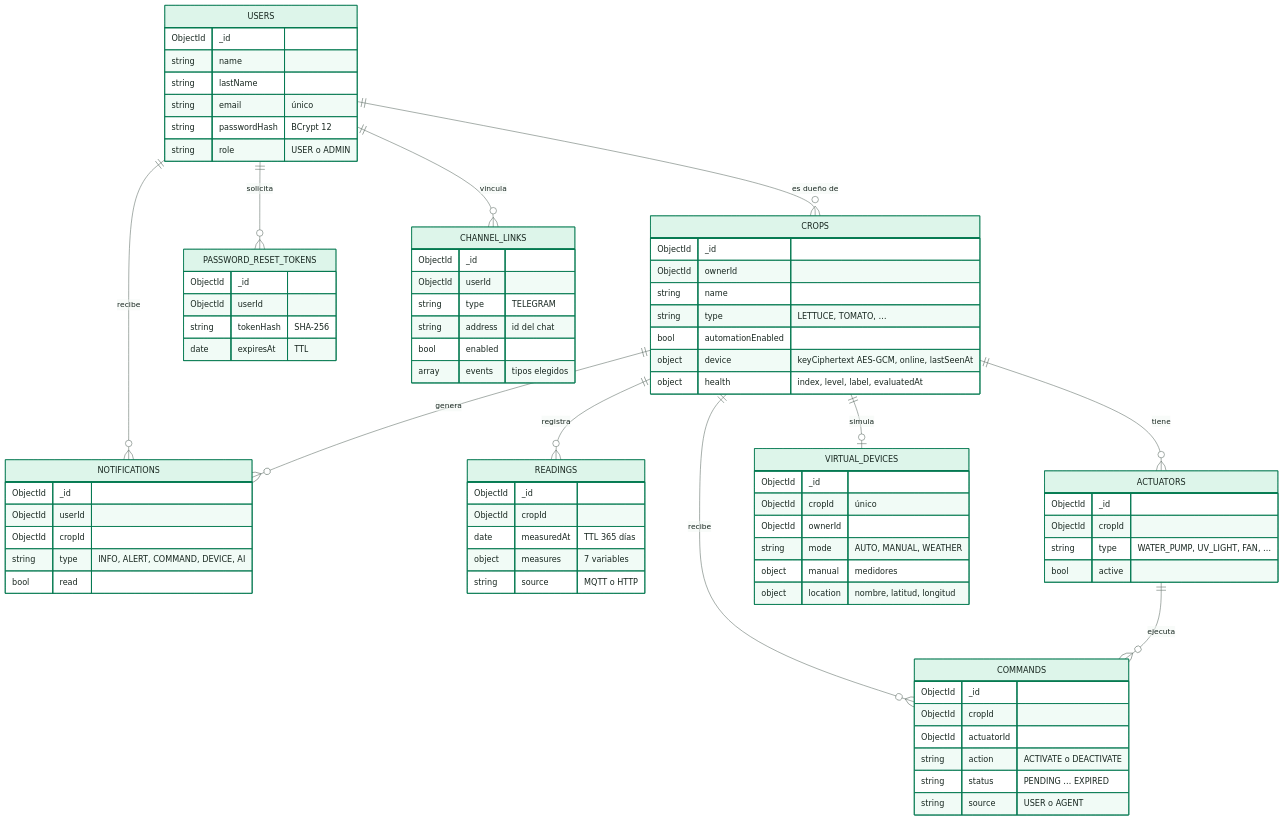
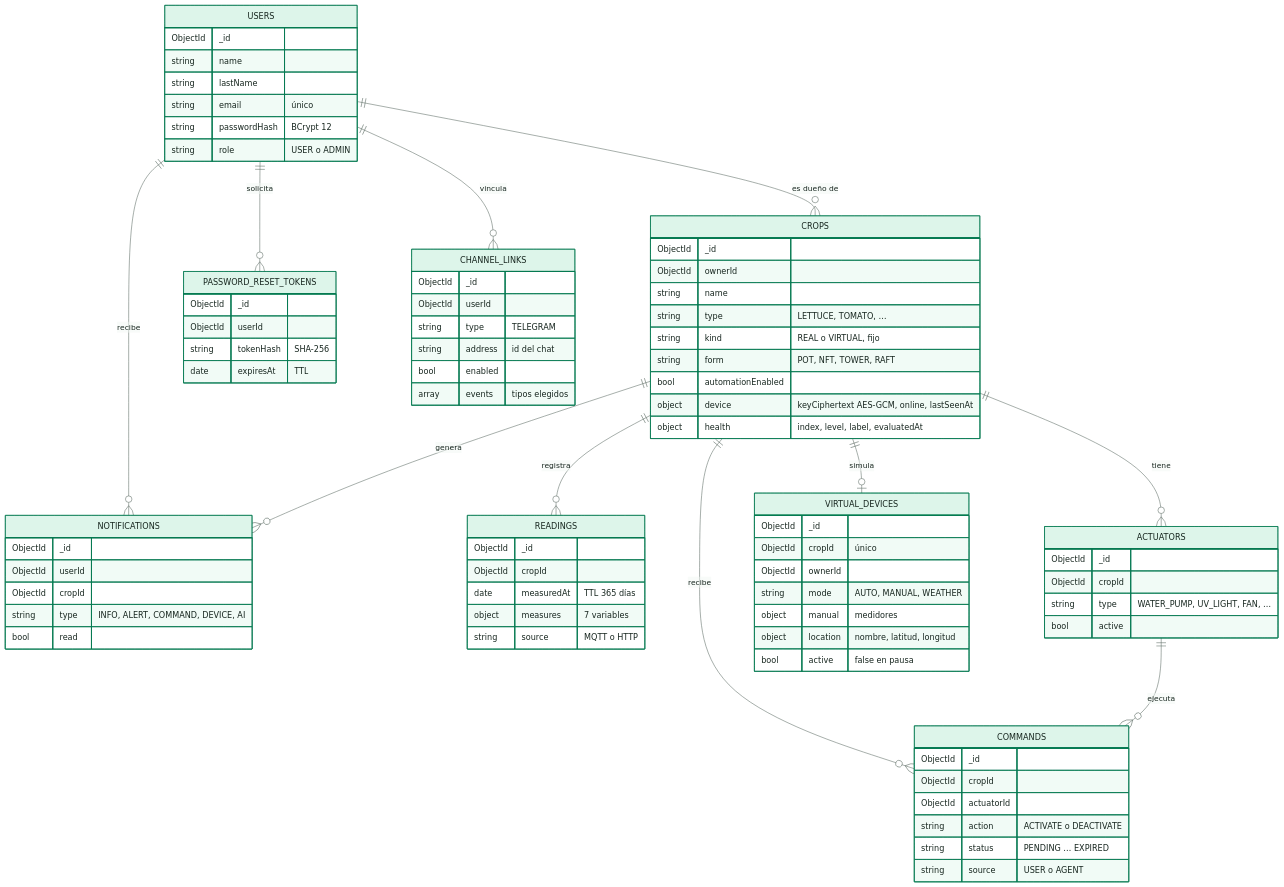
Before and after one commit to SmartPotTech/.github: the diagram in docs/diagrams/SmartPot_04_Data_Model.mmd, drawn with Mermaid.

Commit message:
Add crop kind, form and paused simulations to the data model

```diff
--- a/docs/diagrams/SmartPot_04_Data_Model.mmd
+++ b/docs/diagrams/SmartPot_04_Data_Model.mmd
@@ -1,79 +1,82 @@
 %%{init: {"theme": "base", "fontFamily": "Segoe UI, Arial, sans-serif", "themeVariables": {"fontFamily": "Segoe UI, Arial, sans-serif", "fontSize": "15px", "primaryColor": "#DDF5EA", "primaryTextColor": "#17261F", "primaryBorderColor": "#067A52", "secondaryColor": "#E3F2FB", "secondaryTextColor": "#17261F", "secondaryBorderColor": "#1F6FA0", "tertiaryColor": "#F2F7F4", "tertiaryTextColor": "#17261F", "tertiaryBorderColor": "#D5E3DC", "lineColor": "#5B6B63", "textColor": "#17261F", "mainBkg": "#DDF5EA", "nodeBorder": "#067A52", "clusterBkg": "#F7FAF8", "clusterBorder": "#D5E3DC", "edgeLabelBackground": "#FFFFFF", "actorBkg": "#067A52", "actorBorder": "#0B3D2B", "actorTextColor": "#FFFFFF", "actorLineColor": "#5B6B63", "signalColor": "#17261F", "signalTextColor": "#17261F", "labelBoxBkgColor": "#0B3D2B", "labelBoxBorderColor": "#0B3D2B", "labelTextColor": "#FFFFFF", "loopTextColor": "#0B3D2B", "noteBkgColor": "#FDF4DD", "noteBorderColor": "#C98D12", "noteTextColor": "#17261F", "activationBkgColor": "#DDF5EA", "activationBorderColor": "#067A52", "attributeBackgroundColorOdd": "#FFFFFF", "attributeBackgroundColorEven": "#F2F7F4"}}}%%
 erDiagram
   USERS ||--o{ CROPS : "es dueño de"
   USERS ||--o{ NOTIFICATIONS : "recibe"
   USERS ||--o{ PASSWORD_RESET_TOKENS : "solicita"
   USERS ||--o{ CHANNEL_LINKS : "vincula"
   CROPS ||--o{ READINGS : "registra"
   CROPS ||--o{ ACTUATORS : "tiene"
   CROPS ||--o{ COMMANDS : "recibe"
   CROPS ||--o{ NOTIFICATIONS : "genera"
   CROPS ||--o| VIRTUAL_DEVICES : "simula"
   ACTUATORS ||--o{ COMMANDS : "ejecuta"
   USERS {
     ObjectId _id
     string name
     string lastName
     string email "único"
     string passwordHash "BCrypt 12"
     string role "USER o ADMIN"
   }
   CROPS {
     ObjectId _id
     ObjectId ownerId
     string name
     string type "LETTUCE, TOMATO, …"
+    string kind "REAL o VIRTUAL, fijo"
+    string form "POT, NFT, TOWER, RAFT"
     bool automationEnabled
     object device "keyCiphertext AES-GCM, online, lastSeenAt"
     object health "index, level, label, evaluatedAt"
   }
   READINGS {
     ObjectId _id
     ObjectId cropId
     date measuredAt "TTL 365 días"
     object measures "7 variables"
     string source "MQTT o HTTP"
   }
   ACTUATORS {
     ObjectId _id
     ObjectId cropId
     string type "WATER_PUMP, UV_LIGHT, FAN, …"
     bool active
   }
   COMMANDS {
     ObjectId _id
     ObjectId cropId
     ObjectId actuatorId
     string action "ACTIVATE o DEACTIVATE"
     string status "PENDING … EXPIRED"
     string source "USER o AGENT"
   }
   NOTIFICATIONS {
     ObjectId _id
     ObjectId userId
     ObjectId cropId
     string type "INFO, ALERT, COMMAND, DEVICE, AI"
     bool read
   }
   CHANNEL_LINKS {
     ObjectId _id
     ObjectId userId
     string type "TELEGRAM"
     string address "id del chat"
     bool enabled
     array events "tipos elegidos"
   }
   VIRTUAL_DEVICES {
     ObjectId _id
     ObjectId cropId "único"
     ObjectId ownerId
     string mode "AUTO, MANUAL, WEATHER"
     object manual "medidores"
     object location "nombre, latitud, longitud"
+    bool active "false en pausa"
   }
   PASSWORD_RESET_TOKENS {
     ObjectId _id
     ObjectId userId
     string tokenHash "SHA-256"
     date expiresAt "TTL"
   }
```
